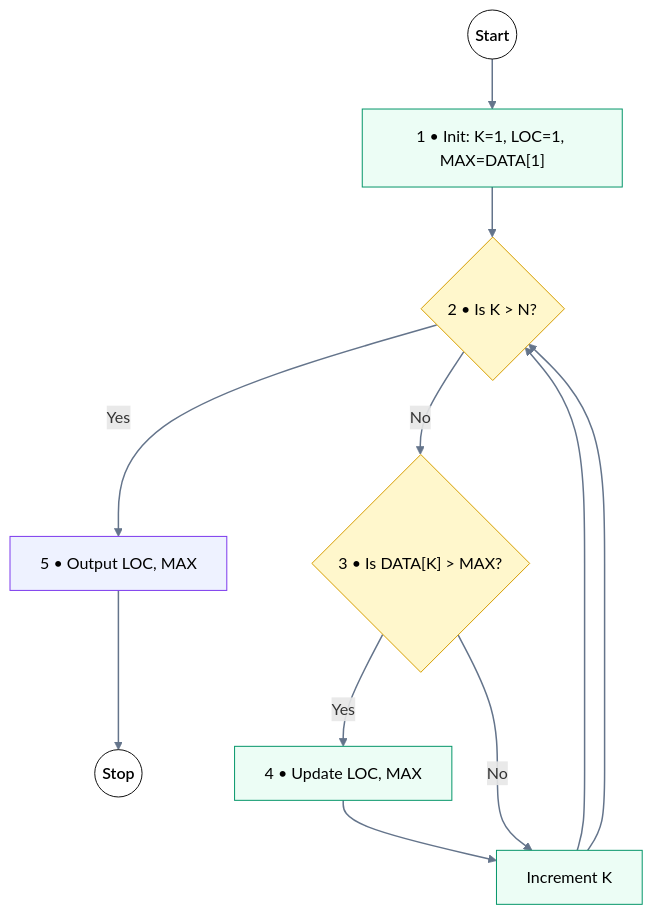
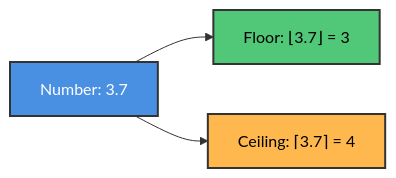
The second of 9 diagrams in Chapter 2 - Preliminaries/README.md (M-F-Tushar/CSE-2101-Data-Structure), drawn with Mermaid before and after one commit. The commit also changed other lines of this file, not shown here.

````diff
--- a/Chapter 2 - Preliminaries/README.md
+++ b/Chapter 2 - Preliminaries/README.md
@@ -389,18 +58,9 @@
 ```mermaid
-flowchart TD
-    %% Flowchart for Algorithm 2.1 (Largest Element)
-    classDef terminal fill:#ffffff,stroke:#111,color:#000,font-weight:600;
-    classDef process fill:#ecfdf5,stroke:#059669,color:#000;
-    classDef decision fill:#fff7cc,stroke:#d69e00,color:#000;
-    classDef io fill:#eef2ff,stroke:#7c3aed,color:#000;
-
-    Start((Start)):::terminal --> Init["1 • Init: K=1, LOC=1, MAX=DATA[1]"]:::process
-    Init --> Guard{"2 • Is K > N?"}:::decision
-    Guard -- Yes --> Output["5 • Output LOC, MAX"]:::io --> End((Stop)):::terminal
-    Guard -- No --> Compare{"3 • Is DATA[K] > MAX?"}:::decision
-    Compare -- Yes --> Update["4 • Update LOC, MAX"]:::process --> Increment["Increment K"]:::process --> Guard
-    Compare -- No --> Increment
-    Increment --> Guard
-
-    linkStyle default stroke:#64748b,stroke-width:1.5px
+graph LR
+    A["Number: 3.7"] --> B["Floor: ⌊3.7⌋ = 3"]
+    A --> C["Ceiling: ⌈3.7⌉ = 4"]
+    
+    style A fill:#4A90E2,stroke:#333,stroke-width:2px,color:#fff
+    style B fill:#50C878,stroke:#333,stroke-width:2px,color:#000
+    style C fill:#FFB84D,stroke:#333,stroke-width:2px,color:#000
 ```
````
